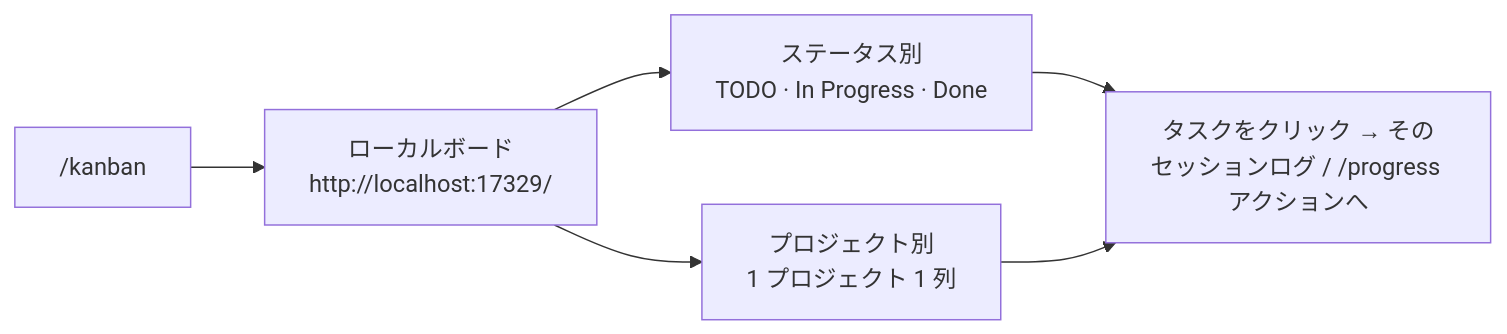
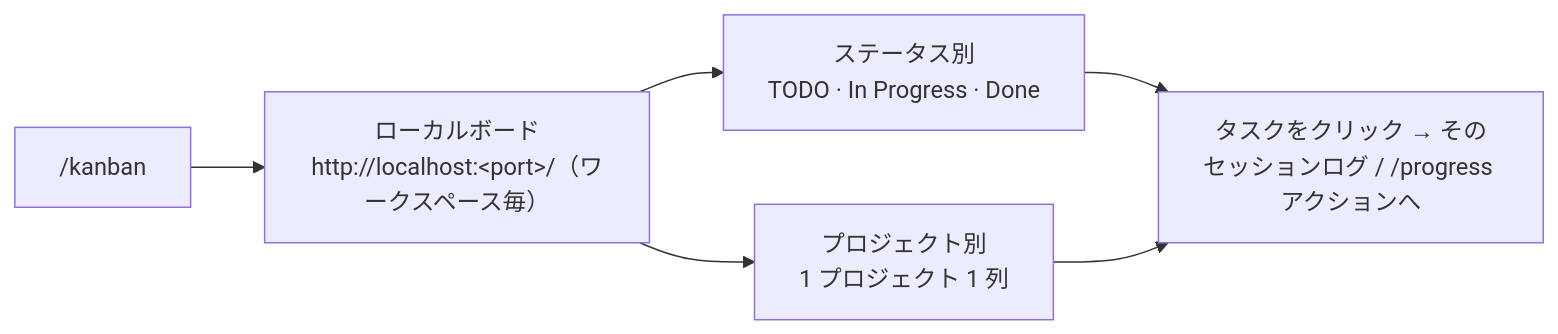
The sixth of 7 diagrams in plugins/taskflow/USER_GUIDE_ja.md (gigamori/ai-agent-toolkit), drawn with Mermaid before and after one commit. The commit also changed 6 other files, not shown here.

````diff
--- a/plugins/taskflow/USER_GUIDE_ja.md
+++ b/plugins/taskflow/USER_GUIDE_ja.md
@@ -215,8 +215,8 @@
 ```mermaid
 flowchart LR
-    K["/kanban"] --> S["ローカルボード<br/>http://localhost:17329/"]
+    K["/kanban"] --> S["ローカルボード<br/>http://localhost:&lt;port&gt;/（ワークスペース毎）"]
     S --> V1["ステータス別<br/>TODO · In Progress · Done"]
     S --> V2["プロジェクト別<br/>1 プロジェクト 1 列"]
     V1 --> L["タスクをクリック → その<br/>セッションログ / /progress アクションへ"]
     V2 --> L
 ```
````
